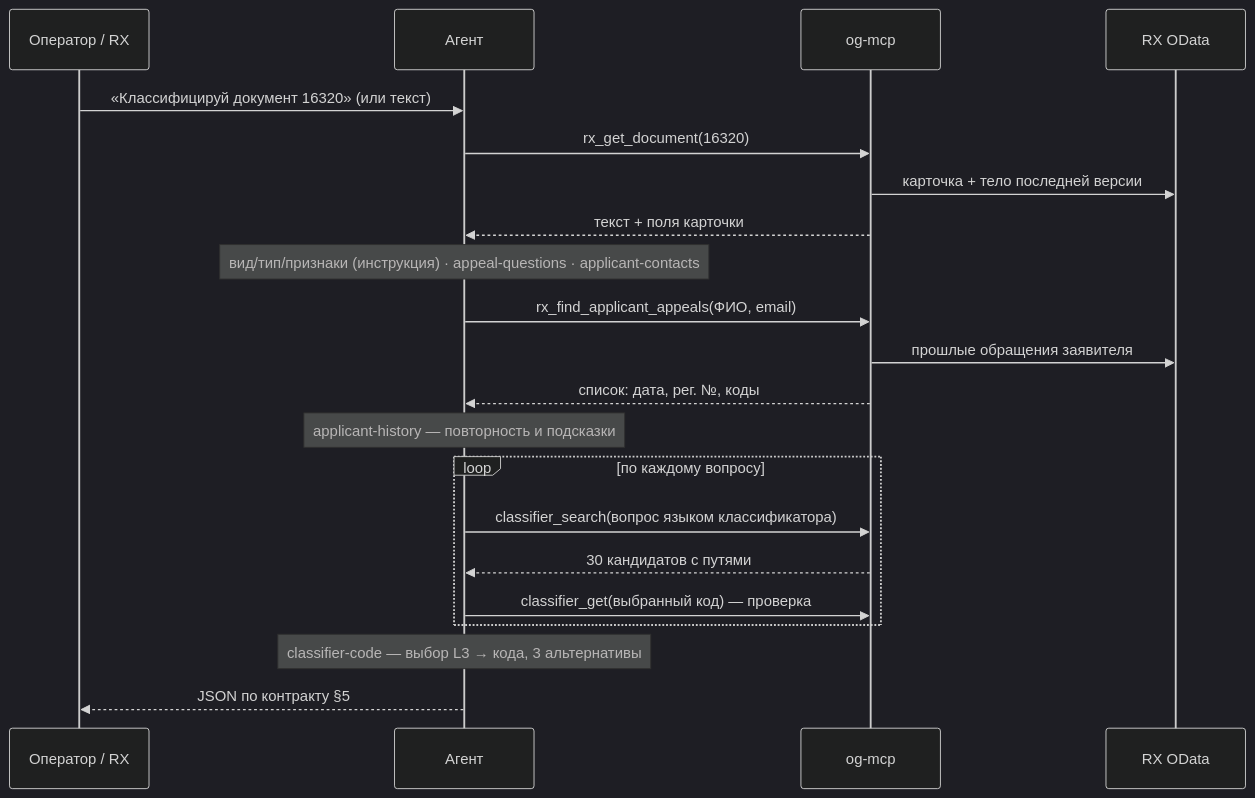
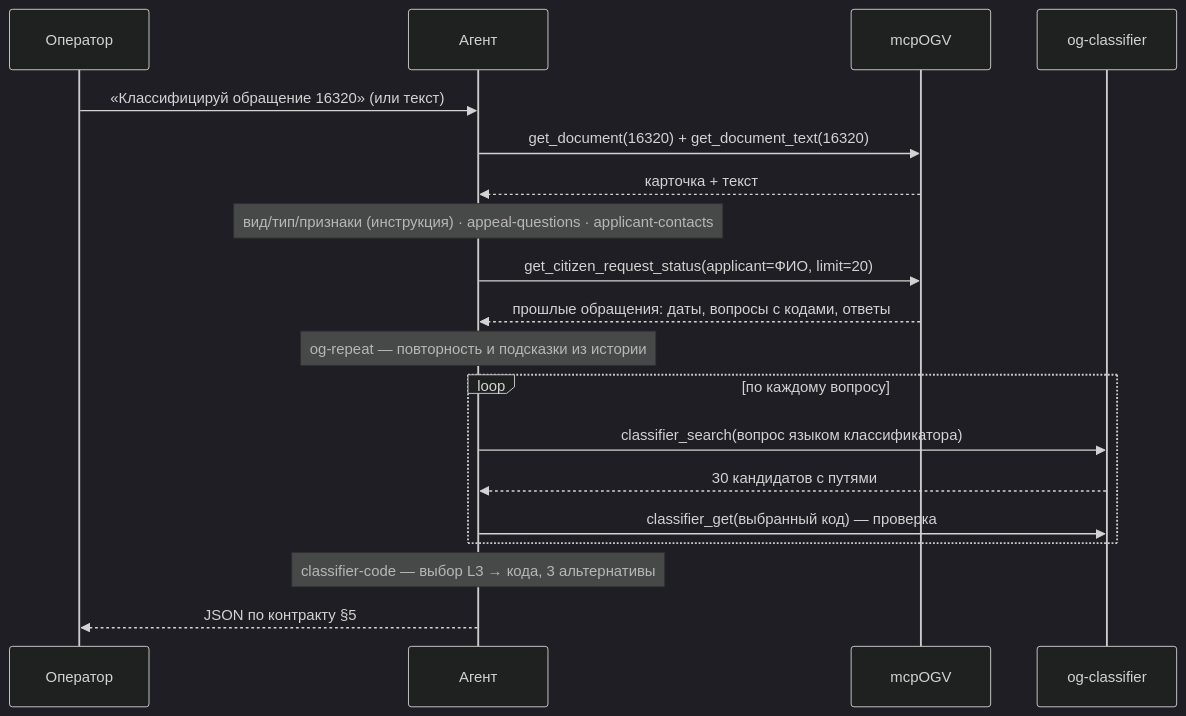
The second of 2 diagrams in docs/superpowers/specs/2026-10-29-cowork-classifier-agent-design.md (nikitakorotaevnikita-sudo/Class-OG-Final), drawn with Mermaid (dark theme) before and after one commit. The commit also changed other lines of this file, not shown here.

Commit message:
docs(spec): reuse mcpOGV for RX, own server only for classifier search

````diff
--- a/docs/superpowers/specs/2026-10-29-cowork-classifier-agent-design.md
+++ b/docs/superpowers/specs/2026-10-29-cowork-classifier-agent-design.md
@@ -101,24 +116,22 @@
 ```mermaid
 sequenceDiagram
-    participant U as Оператор / RX
+    participant U as Оператор
     participant A as Агент
-    participant M as og-mcp
-    participant R as RX OData
+    participant V as mcpOGV
+    participant C as og-classifier
 
-    U->>A: «Классифицируй документ 16320» (или текст)
-    A->>M: rx_get_document(16320)
-    M->>R: карточка + тело последней версии
-    M-->>A: текст + поля карточки
+    U->>A: «Классифицируй обращение 16320» (или текст)
+    A->>V: get_document(16320) + get_document_text(16320)
+    V-->>A: карточка + текст
     Note over A: вид/тип/признаки (инструкция) · appeal-questions · applicant-contacts
-    A->>M: rx_find_applicant_appeals(ФИО, email)
-    M->>R: прошлые обращения заявителя
-    M-->>A: список: дата, рег. №, коды
-    Note over A: applicant-history — повторность и подсказки
+    A->>V: get_citizen_request_status(applicant=ФИО, limit=20)
+    V-->>A: прошлые обращения: даты, вопросы с кодами, ответы
+    Note over A: og-repeat — повторность и подсказки из истории
     loop по каждому вопросу
-        A->>M: classifier_search(вопрос языком классификатора)
-        M-->>A: 30 кандидатов с путями
-        A->>M: classifier_get(выбранный код) — проверка
+        A->>C: classifier_search(вопрос языком классификатора)
+        C-->>A: 30 кандидатов с путями
+        A->>C: classifier_get(выбранный код) — проверка
     end
     Note over A: classifier-code — выбор L3 → кода, 3 альтернативы
     A-->>U: JSON по контракту §5
 ```
````
